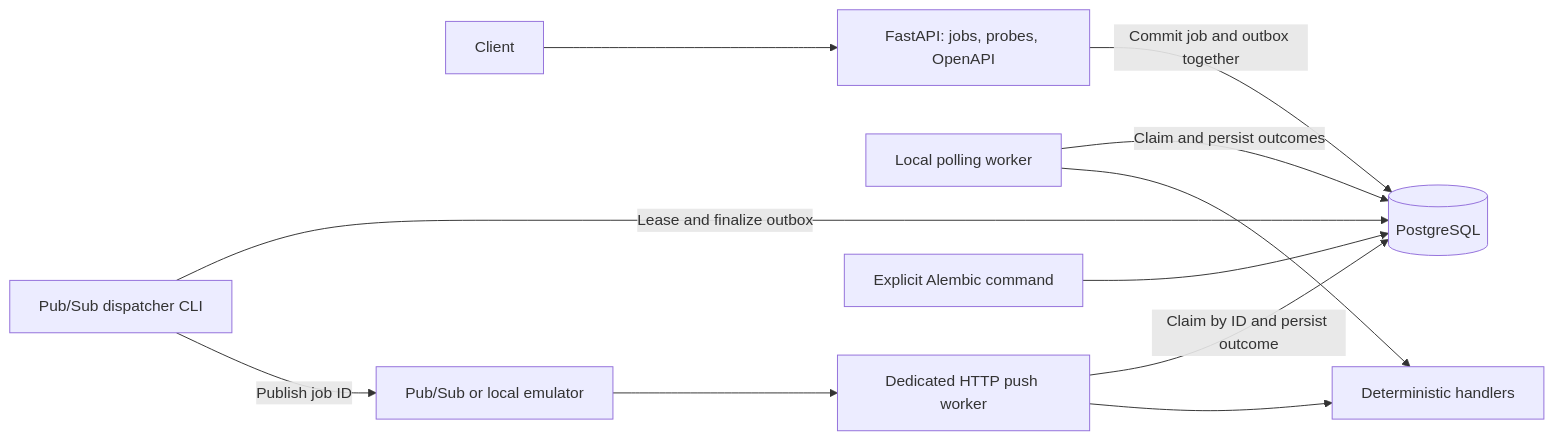
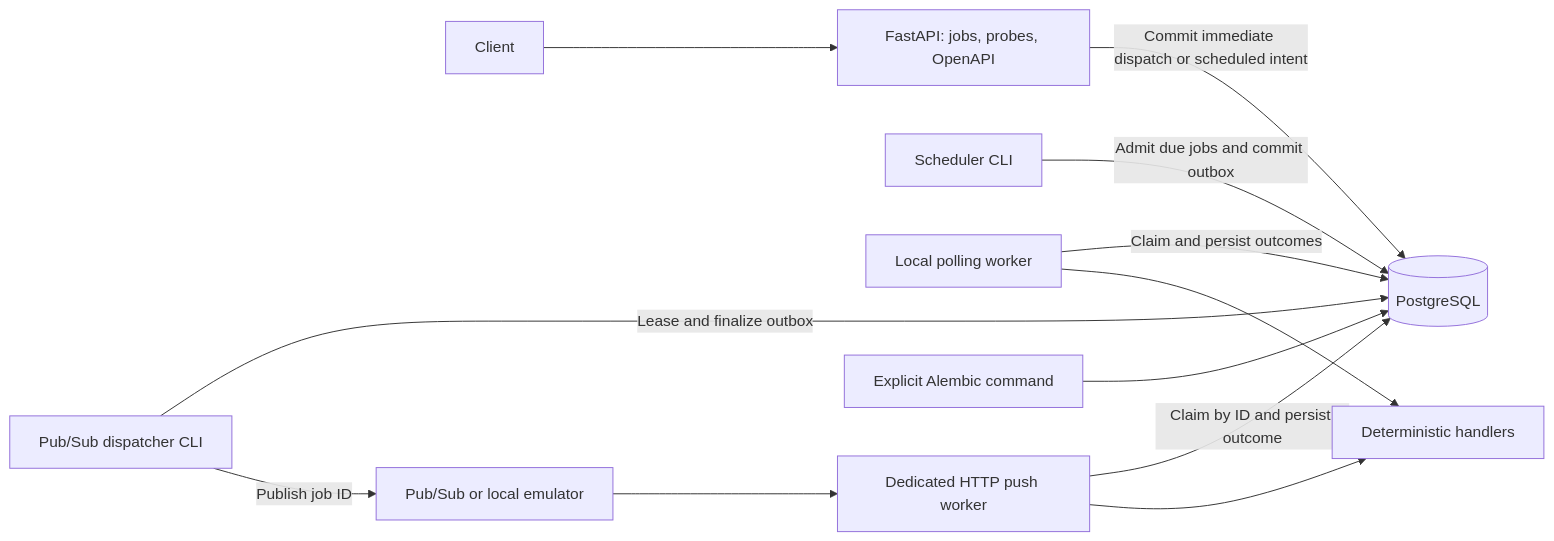
Before and after one commit to Erem32/Distributed-Cloud-Scheduler: the diagram in README.md, drawn with Mermaid. The commit also changed other lines of this file and 20 other files, not shown here.

Commit message:
feat: complete milestone 10 with durable scheduled jobs and atomic admission

````diff
--- a/README.md
+++ b/README.md
@@ -16,13 +17,14 @@
 ```mermaid
 flowchart LR
     Client --> API[FastAPI: jobs, probes, OpenAPI]
-    API -->|Commit job and outbox together| DB[(PostgreSQL)]
+    API -->|Commit immediate dispatch or scheduled intent| DB[(PostgreSQL)]
+    Scheduler[Scheduler CLI] -->|Admit due jobs and commit outbox| DB
     Worker[Local polling worker] -->|Claim and persist outcomes| DB
     Worker --> Tasks[Deterministic handlers]
     Dispatcher[Pub/Sub dispatcher CLI] -->|Lease and finalize outbox| DB
     Dispatcher -->|Publish job ID| Queue[Pub/Sub or local emulator]
     Queue --> Delivery[Dedicated HTTP push worker]
     Delivery -->|Claim by ID and persist outcome| DB
     Delivery --> Tasks
     Migrations[Explicit Alembic command] --> DB
 ```
````
